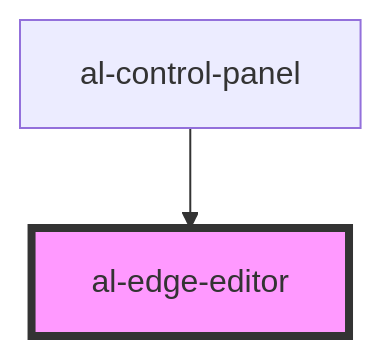
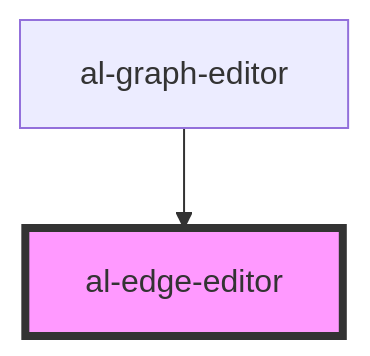
Before and after one commit to aleph-viewer/aleph: the diagram in src/components/al-edge-editor/readme.md, drawn with Mermaid. The commit also changed other lines of this file and 11 other files, not shown here.

Commit message:
added al-graph-editor

````diff
--- a/src/components/al-edge-editor/readme.md
+++ b/src/components/al-edge-editor/readme.md
@@ -30,5 +30,5 @@
 ```mermaid
 graph TD;
-  al-control-panel --> al-edge-editor
+  al-graph-editor --> al-edge-editor
   style al-edge-editor fill:#f9f,stroke:#333,stroke-width:4px
 ```
````
